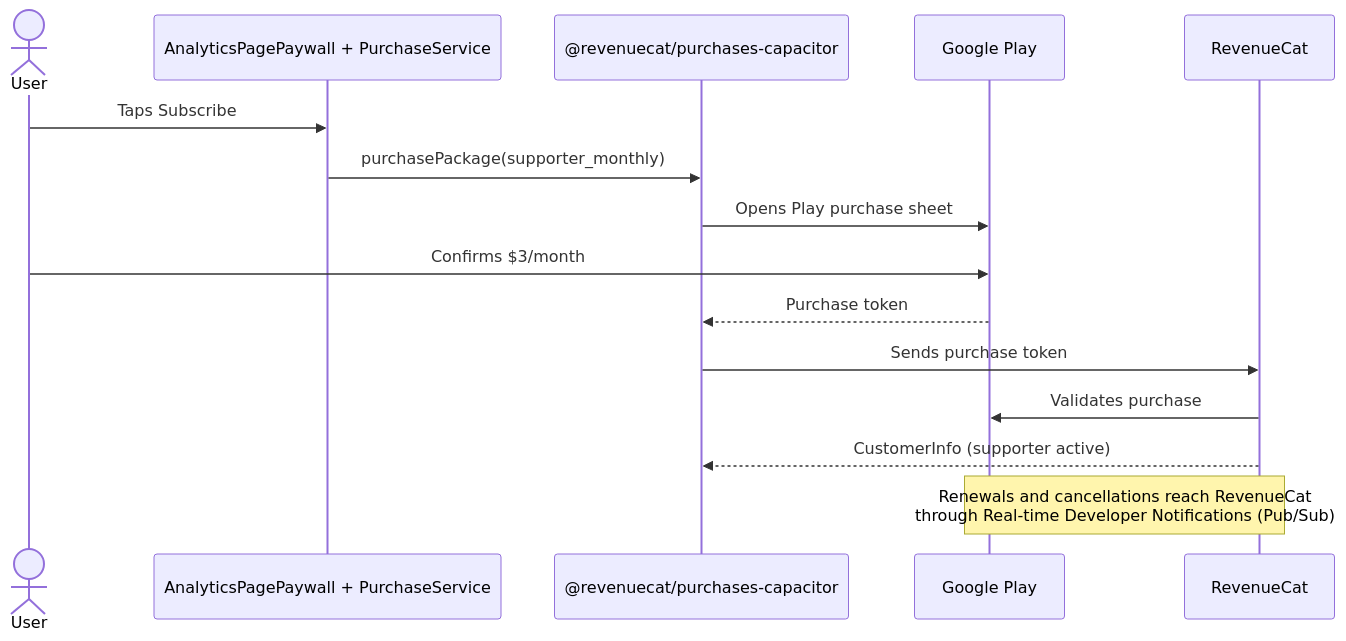
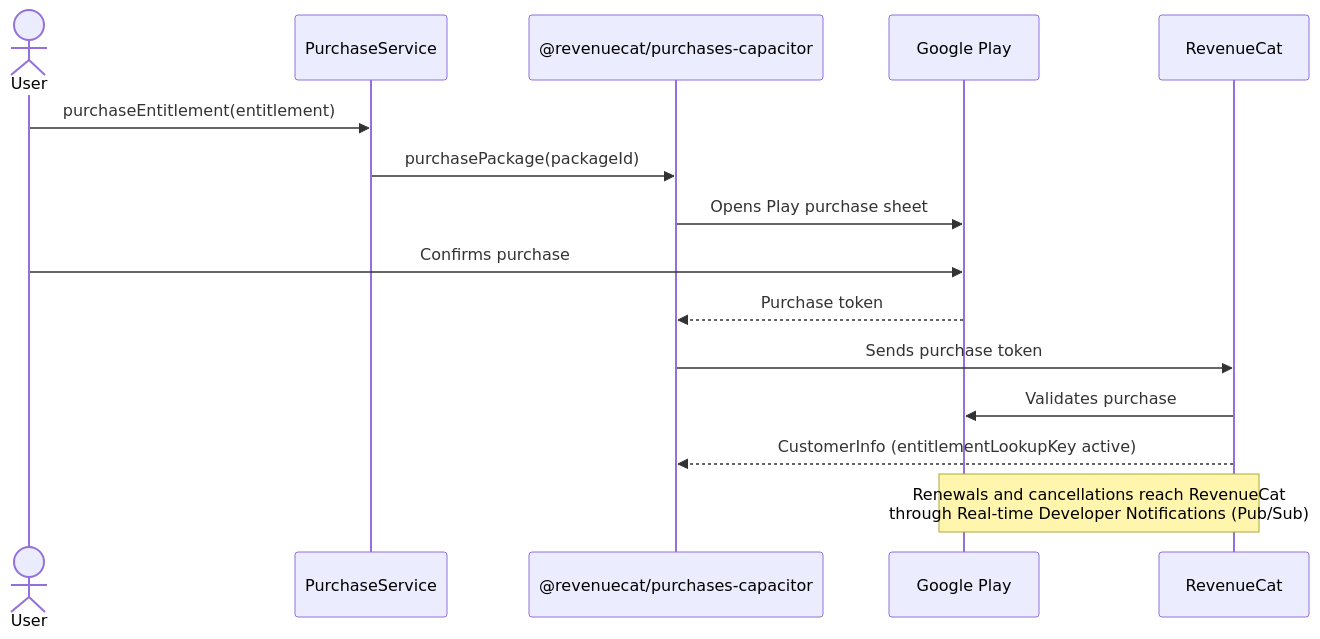
Before and after one commit to aneuhold/workout: the first of 3 diagrams in docs/payments-info.md, drawn with Mermaid. The commit also changed other lines of this file, not shown here.

Commit message:
Update diagram

````diff
--- a/docs/payments-info.md
+++ b/docs/payments-info.md
@@ -7,18 +7,18 @@
 ```mermaid
 sequenceDiagram
   actor User
-  participant App as AnalyticsPagePaywall + PurchaseService
+  participant App as PurchaseService
   participant SDK as @revenuecat/purchases-capacitor
   participant Play as Google Play
   participant RC as RevenueCat
 
-  User->>App: Taps Subscribe
-  App->>SDK: purchasePackage(supporter_monthly)
+  User->>App: purchaseEntitlement(entitlement)
+  App->>SDK: purchasePackage(packageId)
   SDK->>Play: Opens Play purchase sheet
-  User->>Play: Confirms $3/month
+  User->>Play: Confirms purchase
   Play-->>SDK: Purchase token
   SDK->>RC: Sends purchase token
   RC->>Play: Validates purchase
-  RC-->>SDK: CustomerInfo (supporter active)
+  RC-->>SDK: CustomerInfo (entitlementLookupKey active)
   Note over Play,RC: Renewals and cancellations reach RevenueCat<br/>through Real-time Developer Notifications (Pub/Sub)
 ```
````
